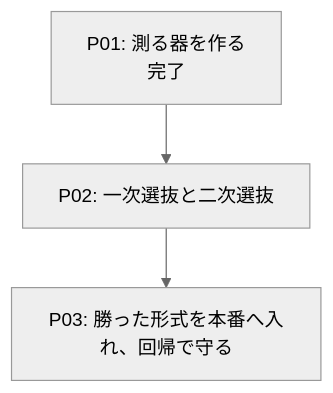
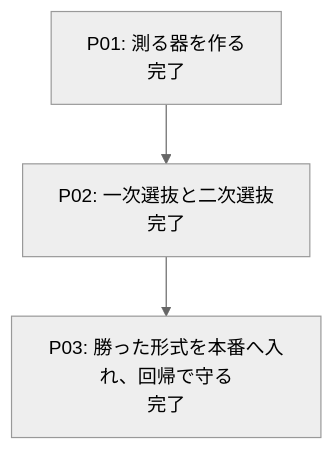
Before and after one commit to mochimochiki/mdait: the diagram in docs/roadmaps/roadmap-v03_revise-prompt-optimization.md, drawn with Mermaid (neutral theme). The commit also changed other lines of this file and 13 other files, not shown here.

````diff
--- a/docs/roadmaps/roadmap-v03_revise-prompt-optimization.md
+++ b/docs/roadmaps/roadmap-v03_revise-prompt-optimization.md
@@ -61,5 +62,5 @@
 ```mermaid
 graph TD
-P01[P01: 測る器を作る<br/>完了] --> P02[P02: 一次選抜と二次選抜]
-P02 --> P03[P03: 勝った形式を本番へ入れ、回帰で守る]
+P01[P01: 測る器を作る<br/>完了] --> P02[P02: 一次選抜と二次選抜<br/>完了]
+P02 --> P03[P03: 勝った形式を本番へ入れ、回帰で守る<br/>完了]
 ```
````
